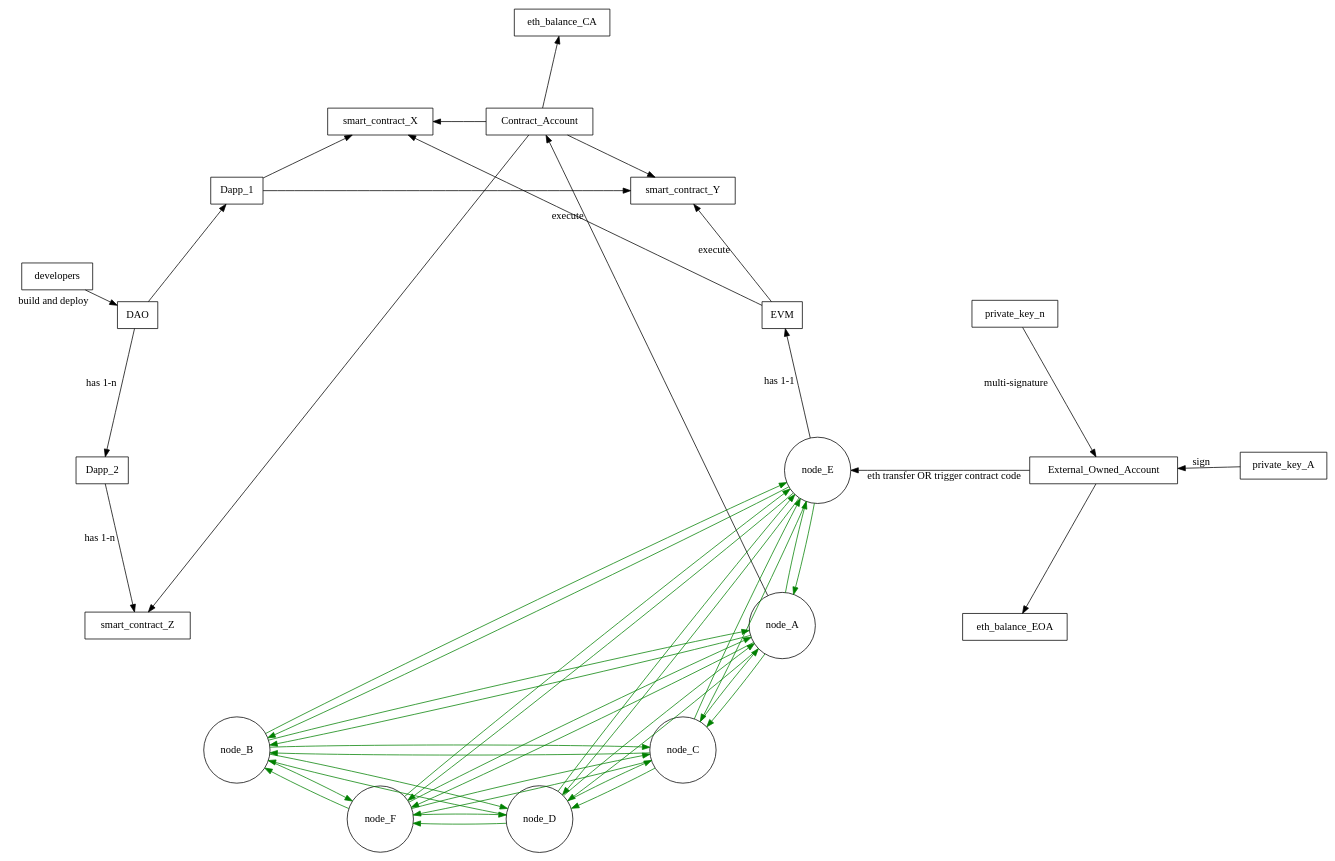
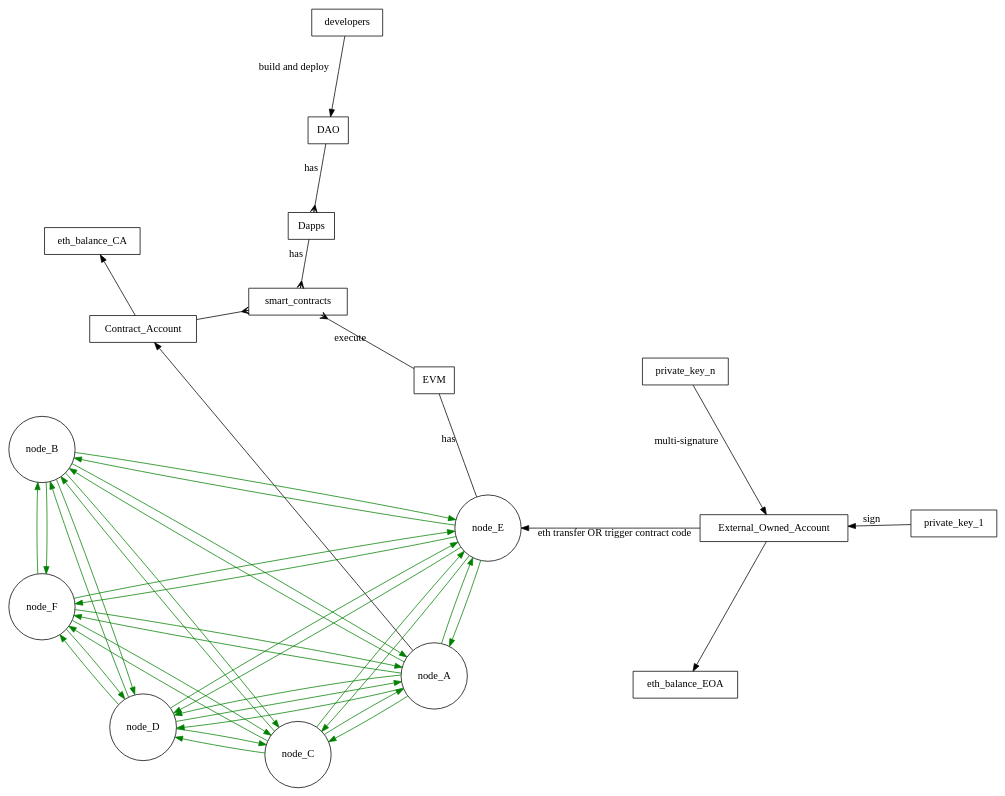
Before and after one commit to manilabay/blockchain-graphs: the diagram in ethereum-architecture.dot, drawn with Graphviz. The commit also changed 2 other files, not shown here.

```diff
--- a/ethereum-architecture.dot
+++ b/ethereum-architecture.dot
@@ -1,75 +1,71 @@
 digraph ethereum {
 
   layout="circo";
   node [shape = circle];
 
   node_A -> node_B [color="green"];
   node_A -> node_C [color="green"];
+  node_A -> node_D [color="green"];
   node_A -> node_D [color="green"];
   node_A -> node_E [color="green"];
   node_A -> node_F [color="green"];
 
   node_B -> node_A [color="green"];
   node_B -> node_C [color="green"];
   node_B -> node_D [color="green"];
   node_B -> node_E [color="green"];
   node_B -> node_F [color="green"];
 
   node_C -> node_A [color="green"];
   node_C -> node_B [color="green"];
   node_C -> node_D [color="green"];
   node_C -> node_E [color="green"];
   node_C -> node_F [color="green"];
 
   node_D -> node_A [color="green"];
   node_D -> node_B [color="green"];
   node_D -> node_C [color="green"];
   node_D -> node_E [color="green"];
   node_D -> node_F [color="green"];
 
   node_E -> node_A [color="green"];
   node_E -> node_B [color="green"];
   node_E -> node_C [color="green"];
   node_E -> node_D [color="green"];
   node_E -> node_F [color="green"];
 
   node_F -> node_A [color="green"];
   node_F -> node_B [color="green"];
   node_F -> node_C [color="green"];
   node_F -> node_D [color="green"];
   node_F -> node_E [color="green"];
 
   rankdir=LR;
   subgraph components_by_node {
 
   layout="dot";
   node [shape = box];
 
-    node_E -> EVM [label="has 1-1"];
-    EVM -> smart_contract_X [label="execute"];
-    EVM -> smart_contract_Y [label="execute"];
+    node_E -> EVM [label="has" arrowhead="none"];
+    EVM -> smart_contracts [label="execute" arrowhead="crow"];
+
     node_A -> Contract_Account;
     #node_E -> External_Owned_Account;
     Contract_Account -> eth_balance_CA;
-    Contract_Account -> smart_contract_X;
-    Contract_Account -> smart_contract_Y;
-    Contract_Account -> smart_contract_Z;
+    Contract_Account -> smart_contracts [arrowhead="crow"];
     External_Owned_Account -> eth_balance_EOA;
     External_Owned_Account -> node_E [label="eth transfer OR trigger contract code"];
 
     #Abstract objects
 
     developers -> DAO [label="build and deploy"];
-    DAO -> Dapp_1;
-    DAO -> Dapp_2 [label="has 1-n"];
-    Dapp_1 -> smart_contract_X;
-    Dapp_1 -> smart_contract_Y;
-    Dapp_2 -> smart_contract_Z [label="has 1-n"];
+    DAO -> Dapps [arrowhead="crow" label="has"];
+    Dapps -> smart_contracts [arrowhead="crow" label="has"];
 
-    private_key_A -> External_Owned_Account [label="sign"];
+    private_key_1 -> External_Owned_Account [label="sign"];
     private_key_n -> External_Owned_Account [label="multi-signature"];
 
 
   }
 
 }
```
